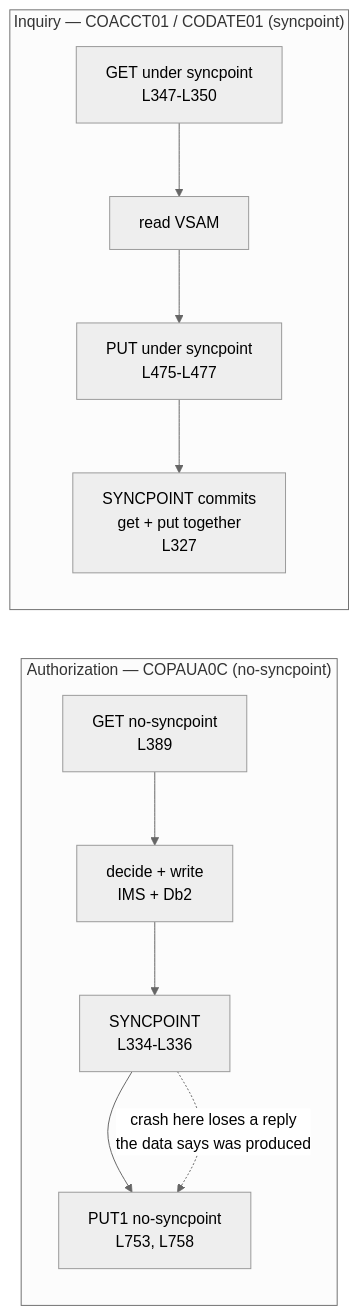
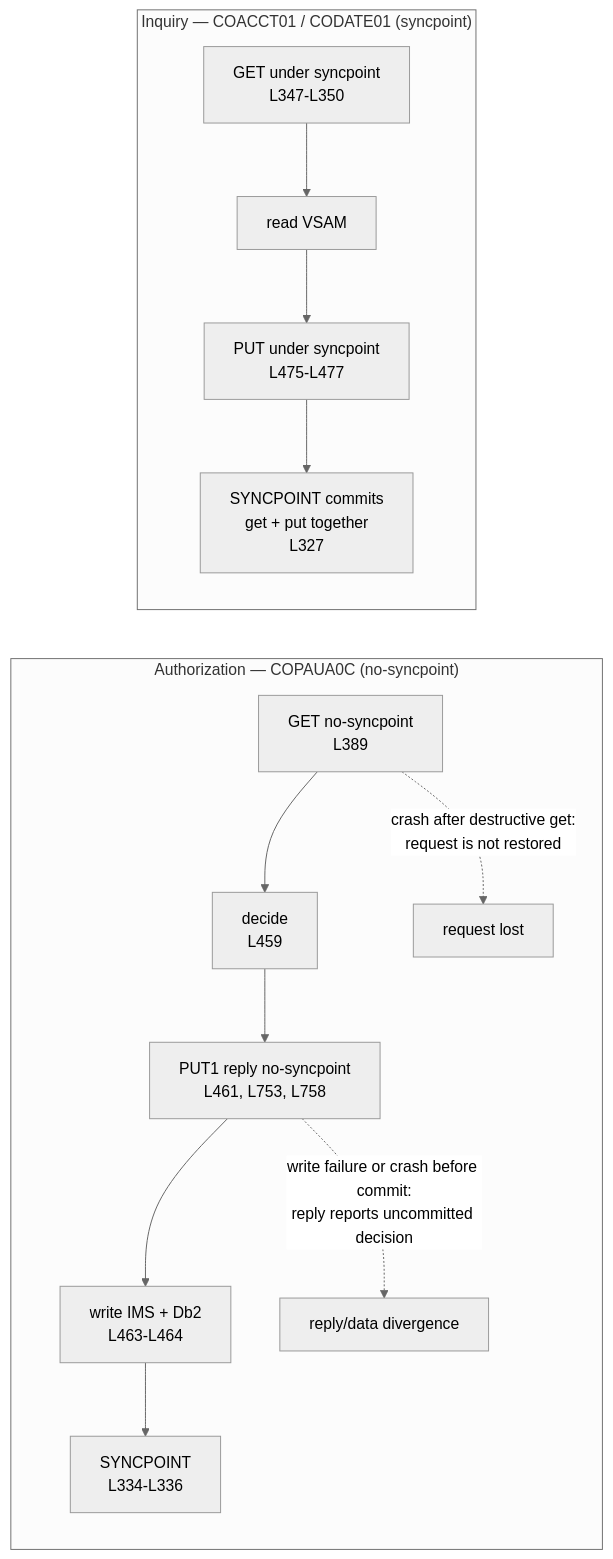
Before and after one commit to Blitzy-LocalStack/aws-mainframe-modernization-carddemo: the diagram in docs/architecture/messaging-contracts.md, drawn with Mermaid (neutral theme). The commit also changed other lines of this file and 319 other files, not shown here.

````diff
--- a/docs/architecture/messaging-contracts.md
+++ b/docs/architecture/messaging-contracts.md
@@ -701,16 +769,18 @@
 ```mermaid
 graph LR
     subgraph A["Authorization — COPAUA0C (no-syncpoint)"]
-        A1[GET no-syncpoint<br/>L389] --> A2[decide + write<br/>IMS + Db2]
-        A2 --> A3[SYNCPOINT<br/>L334-L336]
-        A3 --> A4[PUT1 no-syncpoint<br/>L753, L758]
-        A3 -.->|"crash here loses a reply<br/>the data says was produced"| A4
+        A1[GET no-syncpoint<br/>L389] --> A2[decide<br/>L459]
+        A2 --> A3[PUT1 reply no-syncpoint<br/>L461, L753, L758]
+        A3 --> A4[write IMS + Db2<br/>L463-L464]
+        A4 --> A5[SYNCPOINT<br/>L334-L336]
+        A1 -.->|"crash after destructive get:<br/>request is not restored"| AX[request lost]
+        A3 -.->|"write failure or crash before commit:<br/>reply reports uncommitted decision"| AY[reply/data divergence]
     end
 
     subgraph B["Inquiry — COACCT01 / CODATE01 (syncpoint)"]
         B1[GET under syncpoint<br/>L347-L350] --> B2[read VSAM]
         B2 --> B3[PUT under syncpoint<br/>L475-L477]
         B3 --> B4[SYNCPOINT commits<br/>get + put together<br/>L327]
     end
-%% Two disciplines, one baseline: the right-hand form has no window, the left-hand form does
+%% The baseline authorization path has two loss windows; inquiry rollback keeps request and reply atomic.
 ```
````
